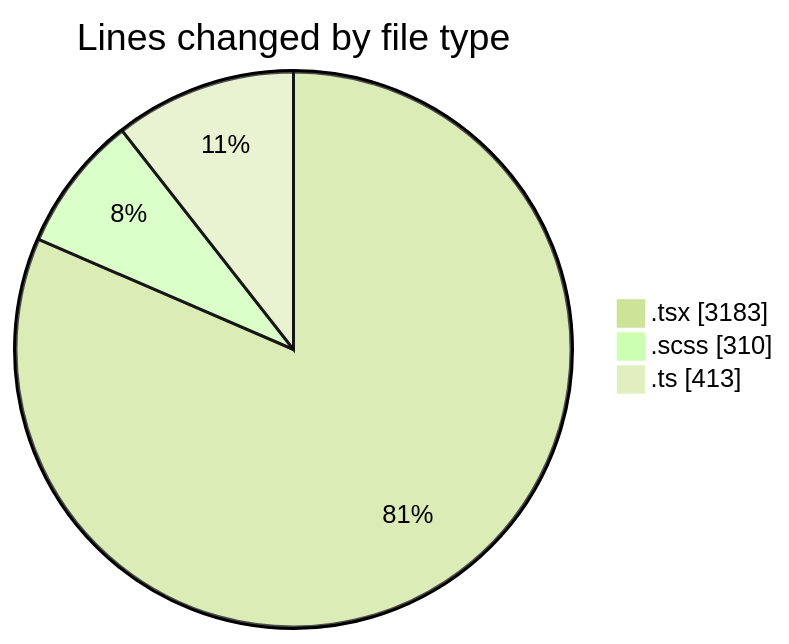
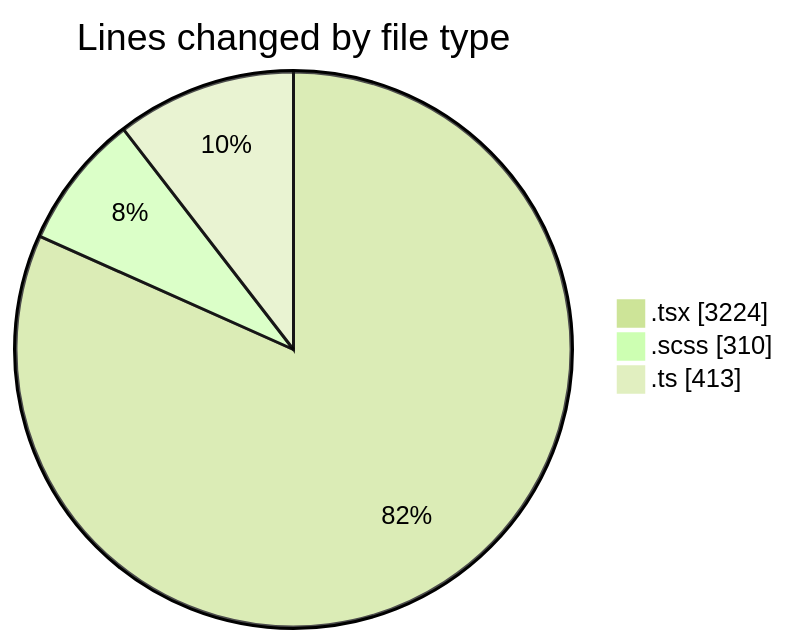
One commit to momahboobian/code-tracking changed the first of 2 diagrams in 2026-05-01/cda/README.md. Above: the diagram before and after it, drawn with Mermaid (forest theme). The commit also changed other lines of this file and 1 other file, not shown here.

````diff
--- a/2026-05-01/cda/README.md
+++ b/2026-05-01/cda/README.md
@@ -62,7 +62,7 @@
 ```mermaid
 pie showData
 title Lines changed by file type
-".tsx" : 3183
+".tsx" : 3224
 ".scss" : 310
 ".ts" : 413
 ```
````
